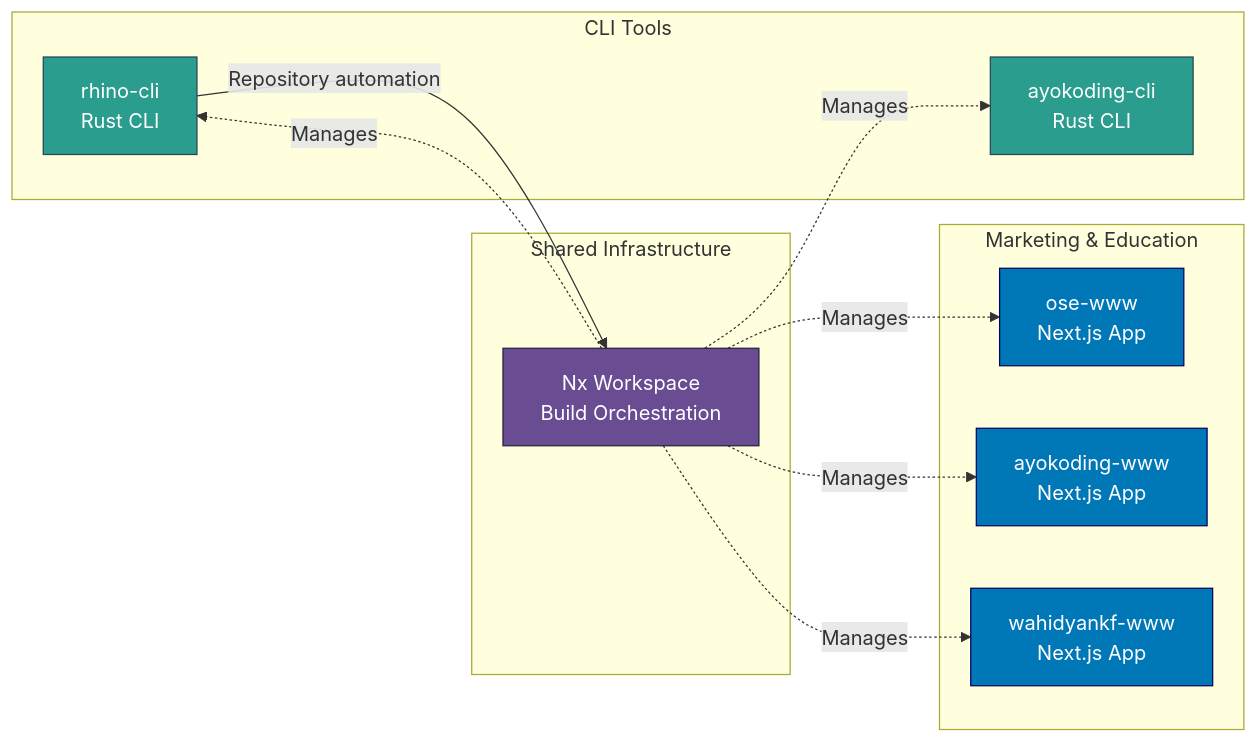
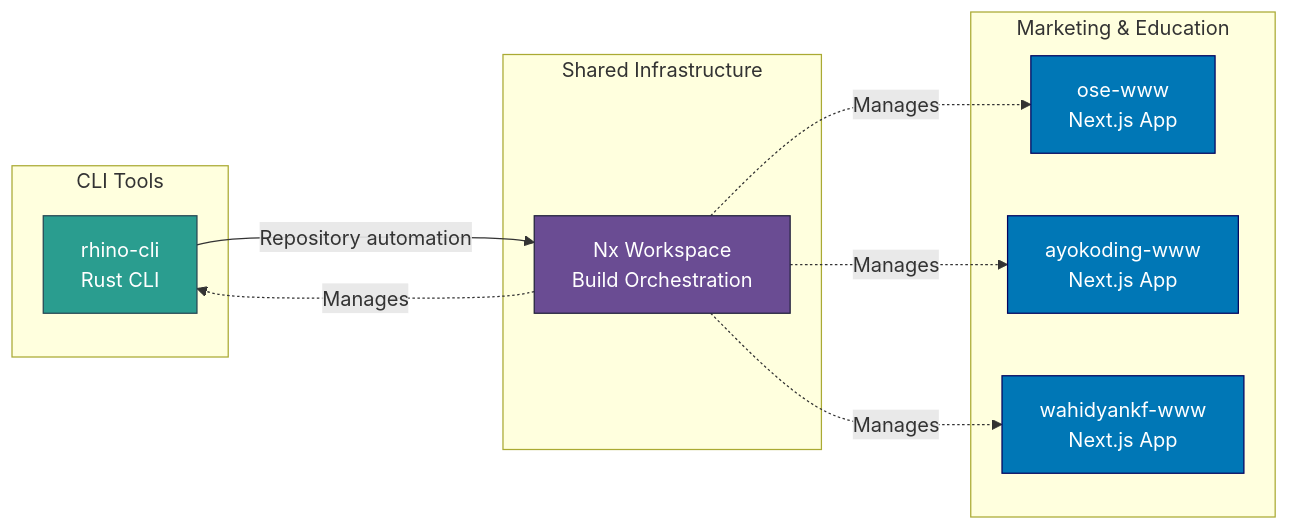
Before and after one commit to wahidyankf/open-sharia-fintech: the first of 2 diagrams in docs/reference/system-architecture/applications.md, drawn with Mermaid. The commit also changed other lines of this file and 57 other files, not shown here.

````diff
--- a/docs/reference/system-architecture/applications.md
+++ b/docs/reference/system-architecture/applications.md
@@ -285,31 +235,28 @@
 ```mermaid
 graph LR
     subgraph "CLI Tools"
         RHINO[rhino-cli<br/>Rust CLI]
-        AYOCLI[ayokoding-cli<br/>Rust CLI]
     end
 
     subgraph "Marketing & Education"
         OSE[ose-www<br/>Next.js App]
         AYO[ayokoding-www<br/>Next.js App]
         WKF[wahidyankf-www<br/>Next.js App]
     end
 
     subgraph "Shared Infrastructure"
         NX[Nx Workspace<br/>Build Orchestration]
     end
 
     RHINO -->|Repository automation| NX
     NX -.->|Manages| OSE
     NX -.->|Manages| AYO
     NX -.->|Manages| WKF
-    NX -.->|Manages| AYOCLI
     NX -.->|Manages| RHINO
 
     style OSE fill:#0077b6,stroke:#03045e,color:#ffffff
     style AYO fill:#0077b6,stroke:#03045e,color:#ffffff
     style WKF fill:#0077b6,stroke:#03045e,color:#ffffff
-    style AYOCLI fill:#2a9d8f,stroke:#264653,color:#ffffff
     style RHINO fill:#2a9d8f,stroke:#264653,color:#ffffff
     style NX fill:#6a4c93,stroke:#22223b,color:#ffffff
 ```
````
